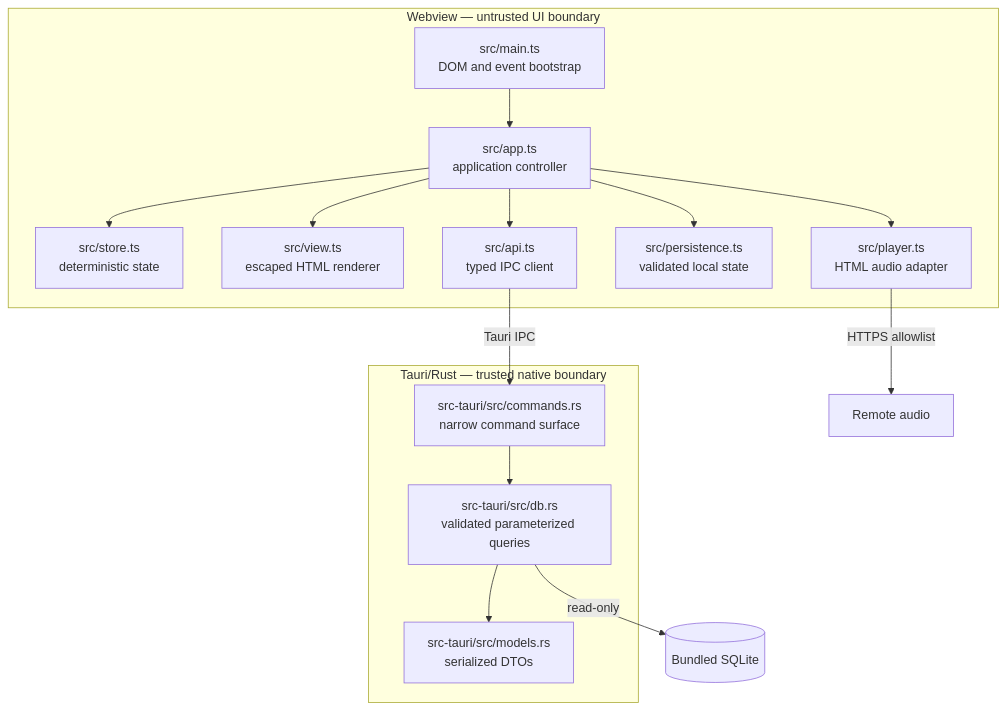
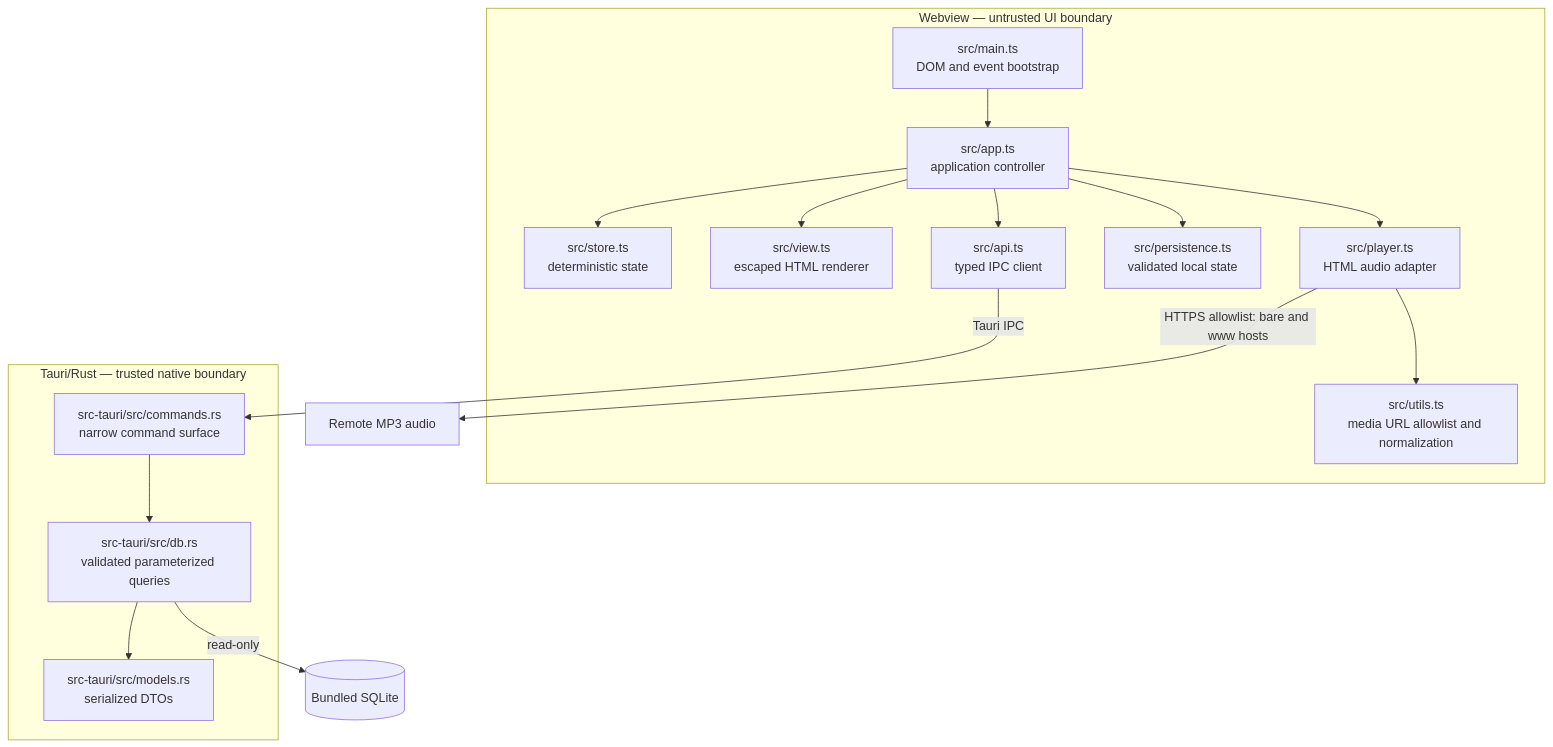
Before and after one commit to AungMyoKyaw/dhamma-echo: the diagram in docs/architecture/modules.md, drawn with Mermaid. The commit also changed other lines of this file and 22 other files, not shown here.

Commit message:
fix: make audio player reliable

````diff
--- a/docs/architecture/modules.md
+++ b/docs/architecture/modules.md
@@ -3,30 +3,32 @@
 ```mermaid
 flowchart TB
     subgraph webview[Webview — untrusted UI boundary]
       main[src/main.ts\nDOM and event bootstrap]
       app[src/app.ts\napplication controller]
       store[src/store.ts\ndeterministic state]
       view[src/view.ts\nescaped HTML renderer]
       player[src/player.ts\nHTML audio adapter]
+      urls[src/utils.ts\nmedia URL allowlist and normalization]
       persistence[src/persistence.ts\nvalidated local state]
       api[src/api.ts\ntyped IPC client]
       main --> app
       app --> store
       app --> view
       app --> player
+      player --> urls
       app --> persistence
       app --> api
     end
 
     subgraph rust[Tauri/Rust — trusted native boundary]
       commands[src-tauri/src/commands.rs\nnarrow command surface]
       db[src-tauri/src/db.rs\nvalidated parameterized queries]
       models[src-tauri/src/models.rs\nserialized DTOs]
       commands --> db
       db --> models
     end
 
     api -->|Tauri IPC| commands
     db -->|read-only| sqlite[(Bundled SQLite)]
-    player -->|HTTPS allowlist| remote[Remote audio]
+    player -->|HTTPS allowlist: bare and www hosts| remote[Remote MP3 audio]
 ```
````
